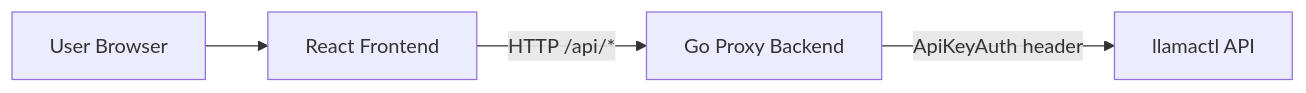
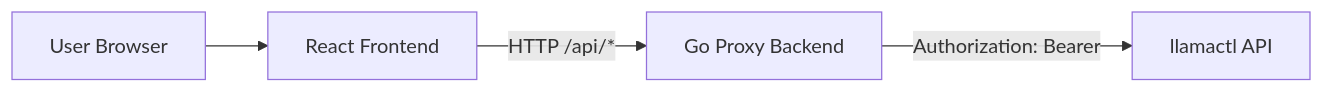
One commit to ekelhala/llamactl-console changed the diagram in docs/architecture-overview.md. Above: the diagram before and after it, drawn with Mermaid. The commit also changed other lines of this file and 2 other files, not shown here.

Commit message:
fix: update proxy to use Authorization header with Bearer token format

````diff
--- a/docs/architecture-overview.md
+++ b/docs/architecture-overview.md
@@ -39,11 +39,11 @@
 ```mermaid
 flowchart LR
   U[User Browser]
   F[React Frontend]
   B[Go Proxy Backend]
   L[llamactl API]
 
   U --> F
   F -->|HTTP /api/*| B
-  B -->|ApiKeyAuth header| L
+  B -->|Authorization: Bearer <management-key>| L
 ```
````
